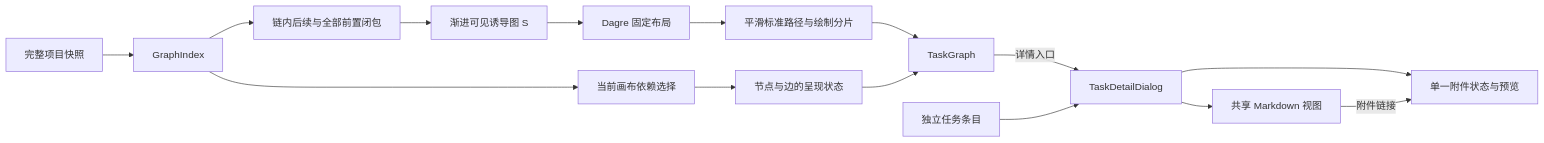
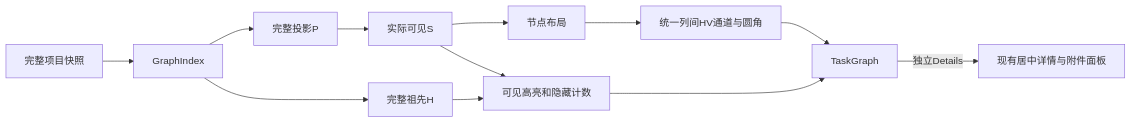
One commit to codetreker/day-night changed the diagram in docs/design/daynight-task-inspection.md. Above: the diagram before and after it, drawn with Mermaid. The commit also changed other lines of this file and 54 other files, not shown here.

First line of the commit message:
feat: inspect task prerequisites (#143)

````diff
--- a/docs/design/daynight-task-inspection.md
+++ b/docs/design/daynight-task-inspection.md
@@ -19,17 +13,14 @@
 ```mermaid
 flowchart LR
   Snapshot[完整项目快照] --> Index[GraphIndex]
-  Index --> Projection[链内后续与全部前置闭包]
-  Projection --> Visible[渐进可见诱导图 S]
-  Visible --> Layout[Dagre 固定布局]
-  Layout --> Routes[平滑标准路径与绘制分片]
-  Index --> Inspect[当前画布依赖选择]
-  Inspect --> Classes[节点与边的呈现状态]
-  Routes --> Canvas[TaskGraph]
-  Classes --> Canvas
-  Canvas -->|详情入口| Detail[TaskDetailDialog]
-  Standalone[独立任务条目] --> Detail
-  Detail --> Markdown[共享 Markdown 视图]
-  Detail --> Attachments[单一附件状态与预览]
-  Markdown -->|附件链接| Attachments
+  Index --> P[完整投影P]
+  P --> S[实际可见S]
+  S --> Layout[节点布局]
+  Layout --> Channels[统一列间HV通道与圆角]
+  Index --> H[完整祖先H]
+  H --> Paint[可见高亮和隐藏计数]
+  S --> Paint
+  Channels --> Canvas[TaskGraph]
+  Paint --> Canvas
+  Canvas -->|独立Details| Detail[现有居中详情与附件面板]
 ```
````
